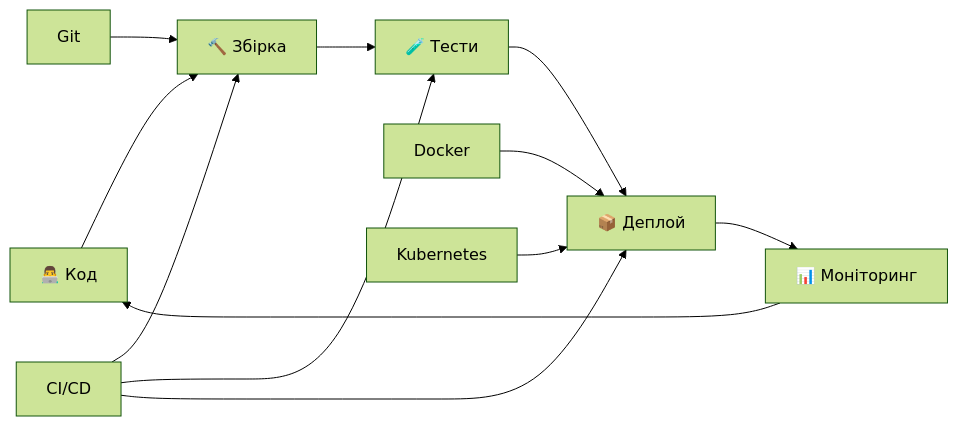
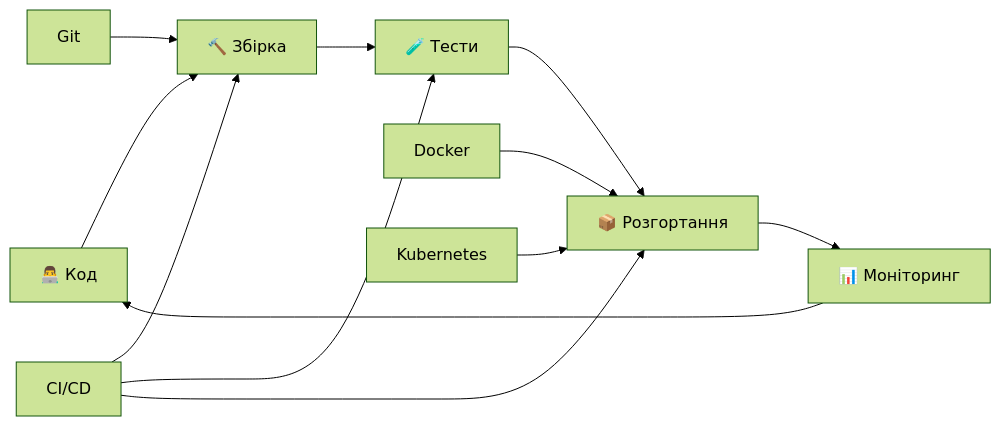
The sixth of 7 diagrams in docs/presentations/presentation-02.md (olroi421/course-opi), drawn with Mermaid (forest theme) before and after one commit. The commit also changed other lines of this file, not shown here.

````diff
--- a/docs/presentations/presentation-02.md
+++ b/docs/presentations/presentation-02.md
@@ -246,15 +230,15 @@
 ```mermaid
 graph LR
     A[👨‍💻 Код] --> B[🔨 Збірка]
     B --> C[🧪 Тести]
-    C --> D[📦 Деплой]
+    C --> D[📦 Розгортання]
     D --> E[📊 Моніторинг]
     E --> A
 
     F[Git] --> B
     G[Docker] --> D
     H[Kubernetes] --> D
     I[CI/CD] --> B
     I --> C
     I --> D
 ```
````
